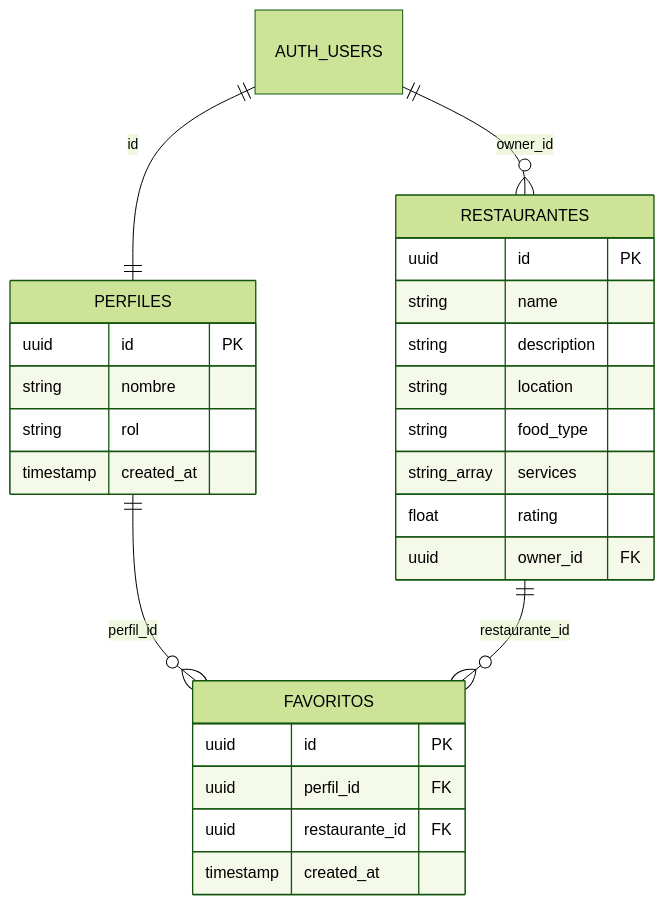
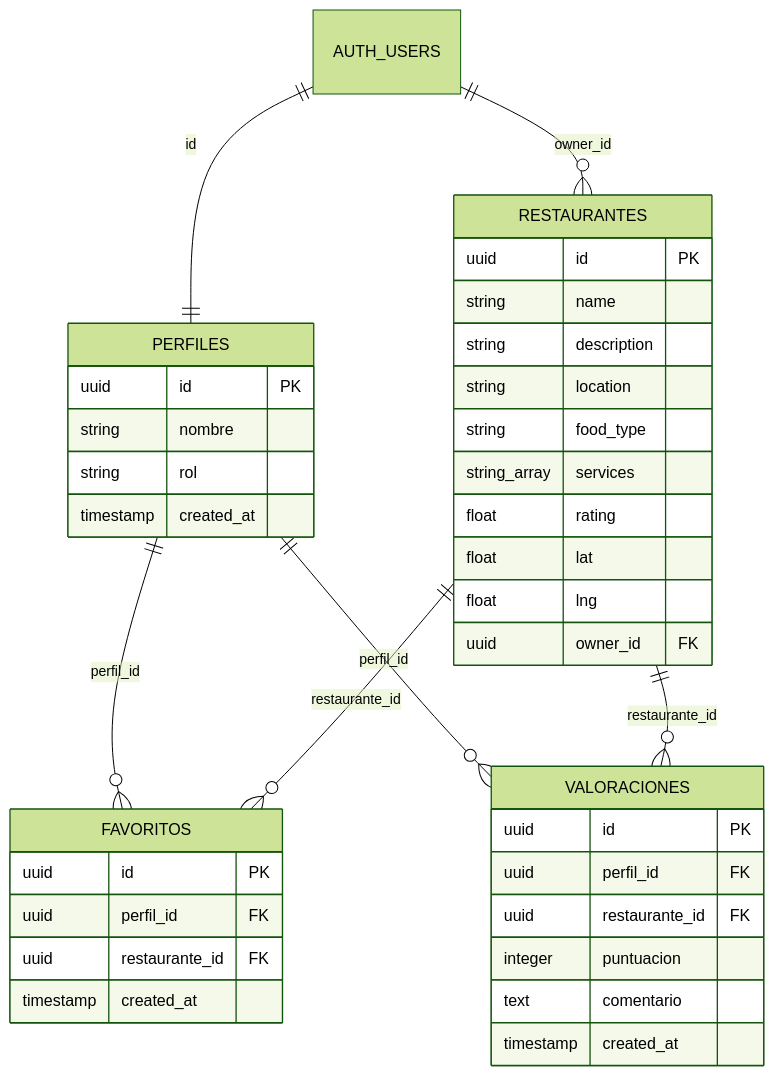
One commit to beapdp/tfg-playandeat changed the first of 2 diagrams in MEMORIA_TFG.md. Above: the diagram before and after it, drawn with Mermaid (forest theme). The commit also changed other lines of this file and 28 other files, not shown here.

````diff
--- a/MEMORIA_TFG.md
+++ b/MEMORIA_TFG.md
@@ -94,30 +100,42 @@
 ```mermaid
 erDiagram
     AUTH_USERS ||--|| PERFILES : "id"
     AUTH_USERS ||--o{ RESTAURANTES : "owner_id"
     PERFILES ||--o{ FAVORITOS : "perfil_id"
     RESTAURANTES ||--o{ FAVORITOS : "restaurante_id"
+    PERFILES ||--o{ VALORACIONES : "perfil_id"
+    RESTAURANTES ||--o{ VALORACIONES : "restaurante_id"
     
     PERFILES {
         uuid id PK
         string nombre
         string rol
         timestamp created_at
     }
     RESTAURANTES {
         uuid id PK
         string name
         string description
         string location
         string food_type
         string_array services
         float rating
+        float lat
+        float lng
         uuid owner_id FK
     }
     FAVORITOS {
         uuid id PK
         uuid perfil_id FK
         uuid restaurante_id FK
         timestamp created_at
     }
+    VALORACIONES {
+        uuid id PK
+        uuid perfil_id FK
+        uuid restaurante_id FK
+        integer puntuacion
+        text comentario
+        timestamp created_at
+    }
 ```
````
